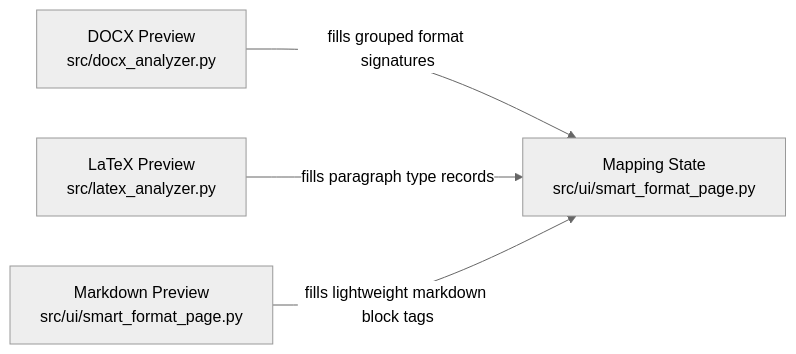
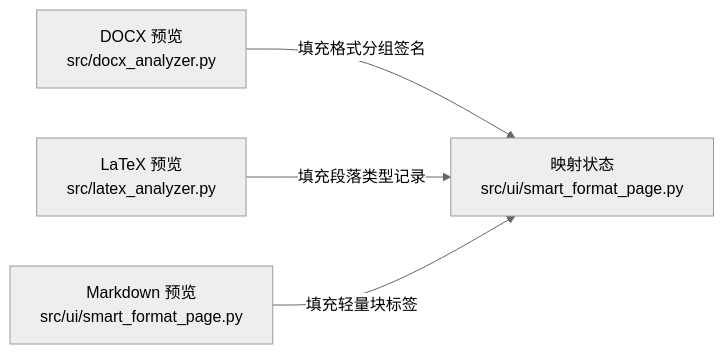
One commit to rayL-K/ToDOCX changed the diagram in .omm/data-flow/preview-mapping/diagram.mmd. Above: the diagram before and after it, drawn with Mermaid (neutral theme). The commit also changed 14 other files, not shown here.

Commit message:
将 omm 图面标签切换为中文

```diff
--- a/.omm/data-flow/preview-mapping/diagram.mmd
+++ b/.omm/data-flow/preview-mapping/diagram.mmd
@@ -1,7 +1,7 @@
 graph LR
-    docx-preview["DOCX Preview\nsrc/docx_analyzer.py"]
-    docx-preview -->|"fills grouped format signatures"| mapping-state["Mapping State\nsrc/ui/smart_format_page.py"]
-    latex-preview["LaTeX Preview\nsrc/latex_analyzer.py"]
-    latex-preview -->|"fills paragraph type records"| mapping-state
-    markdown-preview["Markdown Preview\nsrc/ui/smart_format_page.py"]
-    markdown-preview -->|"fills lightweight markdown block tags"| mapping-state
+    docx-preview["DOCX 预览\nsrc/docx_analyzer.py"]
+    docx-preview -->|"填充格式分组签名"| mapping-state["映射状态\nsrc/ui/smart_format_page.py"]
+    latex-preview["LaTeX 预览\nsrc/latex_analyzer.py"]
+    latex-preview -->|"填充段落类型记录"| mapping-state
+    markdown-preview["Markdown 预览\nsrc/ui/smart_format_page.py"]
+    markdown-preview -->|"填充轻量块标签"| mapping-state
```
